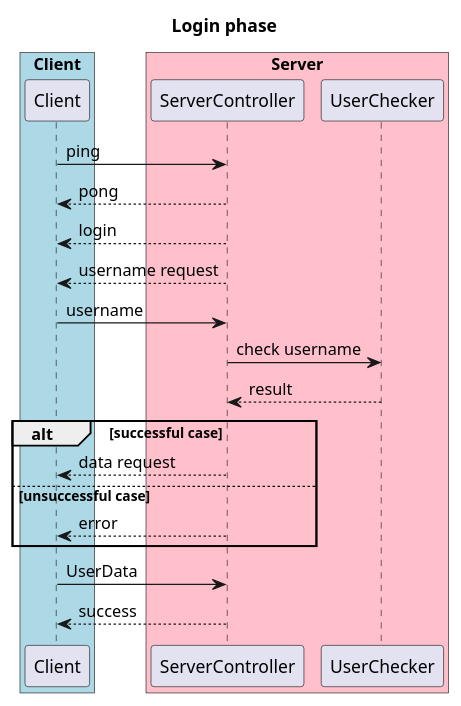
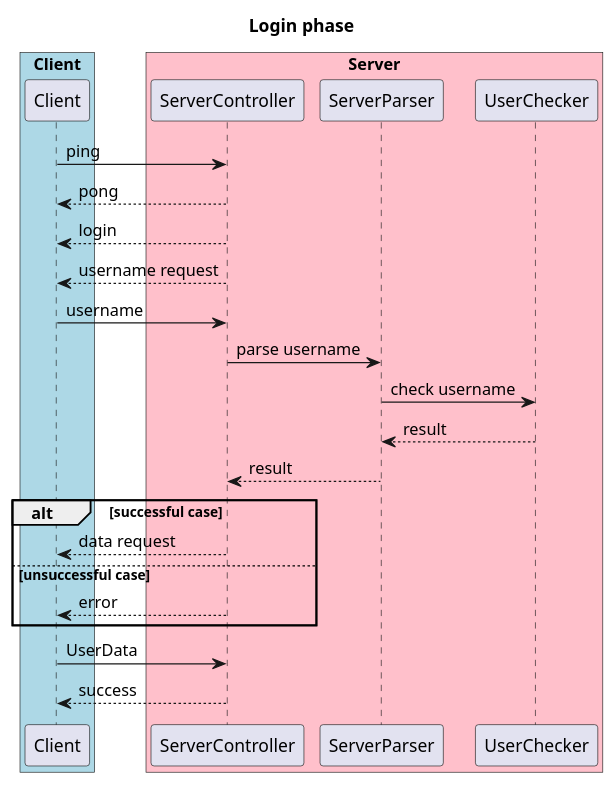
The diagram in docs/Sequence Diagram/Login Phase.puml (dltmtt/IS23-AM13), drawn with PlantUML before and after one commit. The commit also changed 4 other files, not shown here.

Commit message:
add ServerParser

```diff
--- a/docs/Sequence Diagram/Login Phase.puml
+++ b/docs/Sequence Diagram/Login Phase.puml
@@ -1,35 +1,36 @@
 @startuml
 title "Login phase"
 
 box "Client" #LightBlue
 participant Client
 end box
 
 box "Server" #Pink
 participant ServerController
+participant ServerParser
 participant UserChecker
 end box
 
 'Client-Server connections
 Client->ServerController: ping
 Client<--ServerController: pong
 
 Client<--ServerController: login
 Client<--ServerController: username request
 Client->ServerController: username
-
+ServerController->ServerParser: parse username
 
 'Server-UserChecker connections
-ServerController->UserChecker: check username
-UserChecker-->ServerController: result
-
+ServerParser->UserChecker: check username
+UserChecker-->ServerParser: result
+ServerParser-->ServerController: result
 'alt cases
 alt successful case
 Client<--ServerController: data request
 else unsuccessful case
 Client<--ServerController: error
 end
 
 Client->ServerController: UserData
 Client<--ServerController: success
 @enduml
```
